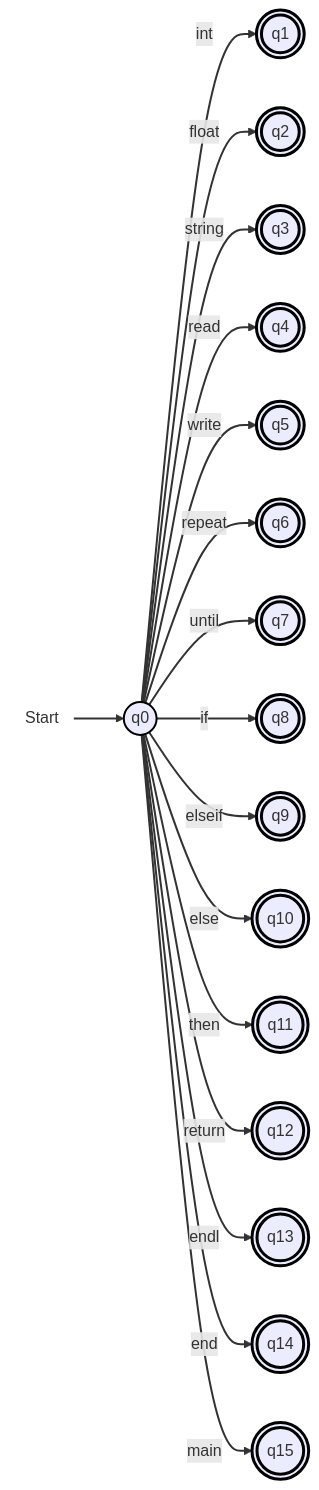
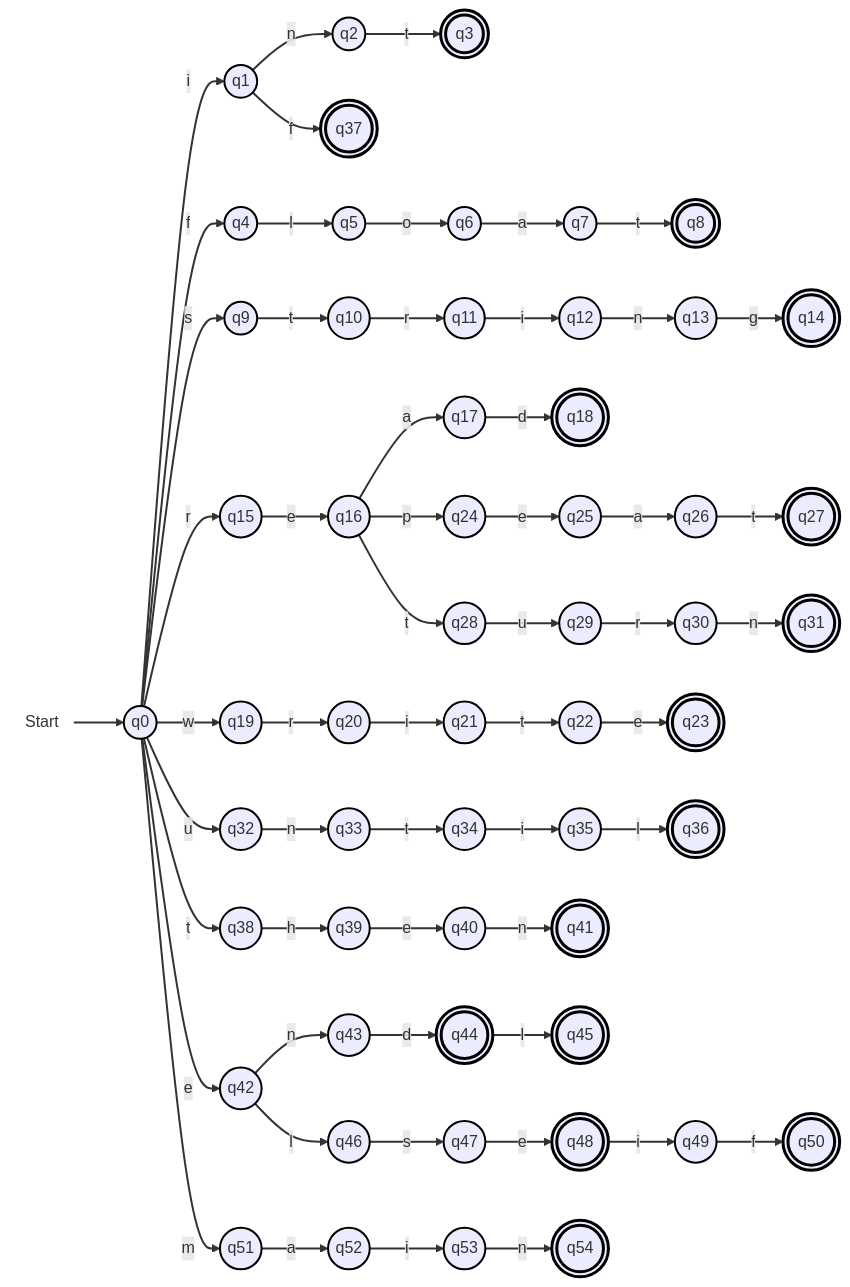
The fourth of 9 diagrams in docs/DFA.md (CS-Tiny-Compiler/a-tiny-compiler), drawn with Mermaid before and after one commit. The commit also changed other lines of this file, not shown here.

Commit message:
update reserved_keywords DFA

````diff
--- a/docs/DFA.md
+++ b/docs/DFA.md
@@ -101,28 +102,79 @@
 ```mermaid
 flowchart LR
-  start(((Start))):::startNode --> q0(("q0")):::normal
-  q0 --> |int| q1((("q1"))):::finalState
-  q0 --> |float| q2((("q2"))):::finalState
-  q0 --> |string| q3((("q3"))):::finalState
-  q0 --> |read| q4((("q4"))):::finalState
-  q0 --> |write| q5((("q5"))):::finalState
-  q0 --> |repeat| q6((("q6"))):::finalState
-  q0 --> |until| q7((("q7"))):::finalState
-  q0 --> |if| q8((("q8"))):::finalState
-  q0 --> |elseif| q9((("q9"))):::finalState
-  q0 --> |else| q10((("q10"))):::finalState
-  q0 --> |then| q11((("q11"))):::finalState
-  q0 --> |return| q12((("q12"))):::finalState
-  q0 --> |endl| q13((("q13"))):::finalState
-  q0 --> |end| q14((("q14"))):::finalState
-  q0 --> |main| q15((("q15"))):::finalState
+start(((Start))):::startNode --> q0(("q0")):::normal
 
+q0 --> |"i"| q1(("q1")):::normal
+q1 --> |"n"| q2(("q2")):::normal
+q2 --> |"t"| q3((("q3"))):::finalState
 
-  classDef startNode fill:none,stroke:none;
-  classDef normal stroke:#000,stroke-width:2px;
-  classDef finalState stroke:#000,stroke-width:3px;
+q0 --> |"f"| q4(("q4")):::normal
+q4 --> |"l"| q5(("q5")):::normal
+q5 --> |"o"| q6(("q6")):::normal
+q6 --> |"a"| q7(("q7")):::normal
+q7 --> |"t"| q8((("q8"))):::finalState
 
-  linkStyle 0 stroke-width:2px;
-  linkStyle 1,2,3,4,5,6,7,8,9,10,11,12,13,14,15 stroke:#333,stroke-width:2px,fill:none;
+q0 --> |"s"| q9(("q9")):::normal
+q9 --> |"t"| q10(("q10")):::normal
+q10 --> |"r"| q11(("q11")):::normal
+q11 --> |"i"| q12(("q12")):::normal
+q12 --> |"n"| q13(("q13")):::normal
+q13 --> |"g"| q14((("q14"))):::finalState
+
+q0 --> |"r"| q15(("q15")):::normal
+q15 --> |"e"| q16(("q16")):::normal
+q16 --> |"a"| q17(("q17")):::normal
+q17 --> |"d"| q18((("q18"))):::finalState
+
+q0 --> |"w"| q19(("q19")):::normal
+q19 --> |"r"| q20(("q20")):::normal
+q20 --> |"i"| q21(("q21")):::normal
+q21 --> |"t"| q22(("q22")):::normal
+q22 --> |"e"| q23((("q23"))):::finalState
+
+q16 --> |"p"| q24(("q24")):::normal
+q24 --> |"e"| q25(("q25")):::normal
+q25 --> |"a"| q26(("q26")):::normal
+q26 --> |"t"| q27((("q27"))):::finalState
+
+q16 --> |"t"| q28(("q28")):::normal
+q28 --> |"u"| q29(("q29")):::normal
+q29 --> |"r"| q30(("q30")):::normal
+q30 --> |"n"| q31((("q31"))):::finalState
+
+q0 --> |"u"| q32(("q32")):::normal
+q32 --> |"n"| q33(("q33")):::normal
+q33 --> |"t"| q34(("q34")):::normal
+q34 --> |"i"| q35(("q35")):::normal
+q35 --> |"l"| q36((("q36"))):::finalState
+
+q1 --> |"f"| q37((("q37"))):::finalState
+
+q0 --> |"t"| q38(("q38")):::normal
+q38 --> |"h"| q39(("q39")):::normal
+q39 --> |"e"| q40(("q40")):::normal
+q40 --> |"n"| q41((("q41"))):::finalState
+
+q0 --> |"e"| q42(("q42")):::normal
+q42 --> |"n"| q43(("q43")):::normal
+q43 --> |"d"| q44((("q44"))):::finalState
+q44 --> |"l"| q45((("q45"))):::finalState
+
+q42 --> |"l"| q46(("q46")):::normal
+q46 --> |"s"| q47(("q47")):::normal
+q47 --> |"e"| q48((("q48"))):::finalState
+q48 --> |"i"| q49(("q49")):::normal
+q49 --> |"f"| q50((("q50"))):::finalState
+
+q0 --> |"m"| q51(("q51")):::normal
+q51 --> |"a"| q52(("q52")):::normal
+q52 --> |"i"| q53(("q53")):::normal
+q53 --> |"n"| q54((("q54"))):::finalState
+
+classDef startNode fill:none,stroke:none;
+classDef normal stroke:#000,stroke-width:2px;
+classDef finalState stroke:#000,stroke-width:3px;
+
+linkStyle 0 stroke-width:2px;
+linkStyle default stroke:#333,stroke-width:2px,fill:none;
 
 ```
````
